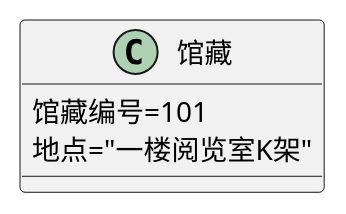
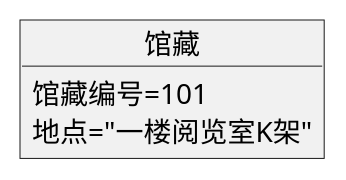
The diagram in test3/puml/collection.puml (YYttaa/is_analysis-2), drawn with PlantUML before and after one commit. The commit also changed 18 other files, not shown here.

```diff
--- a/test3/puml/collection.puml
+++ b/test3/puml/collection.puml
@@ -1,8 +1,8 @@
 @startuml
 
-class 馆藏{
+object 馆藏{
     馆藏编号=101
     地点="一楼阅览室K架"
  }
 
 @enduml
```
